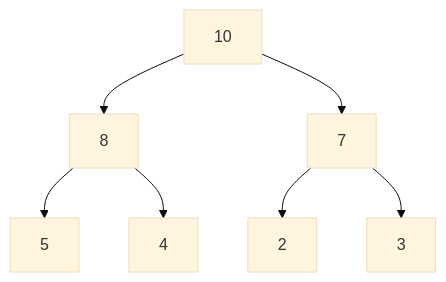
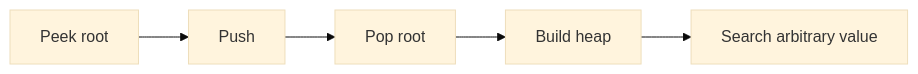
Before and after one commit to 9999dude/omega: the second of 16 diagrams in docs/datastructures/heap-priority-queues.md, drawn with Mermaid (base theme). The commit also changed other lines of this file and 58 other files, not shown here.

````diff
--- a/docs/datastructures/heap-priority-queues.md
+++ b/docs/datastructures/heap-priority-queues.md
@@ -168,9 +59,8 @@
 ```mermaid
-graph TD
-    A["10"] --> B["8"]
-    A --> C["7"]
-    B --> D["5"]
-    B --> E["4"]
-    C --> F["2"]
-    C --> G["3"]
+flowchart LR
+    A0["Peek root"]
+    A0 --> A1["Push"]
+    A1 --> A2["Pop root"]
+    A2 --> A3["Build heap"]
+    A3 --> A4["Search arbitrary value"]
 ```
````
